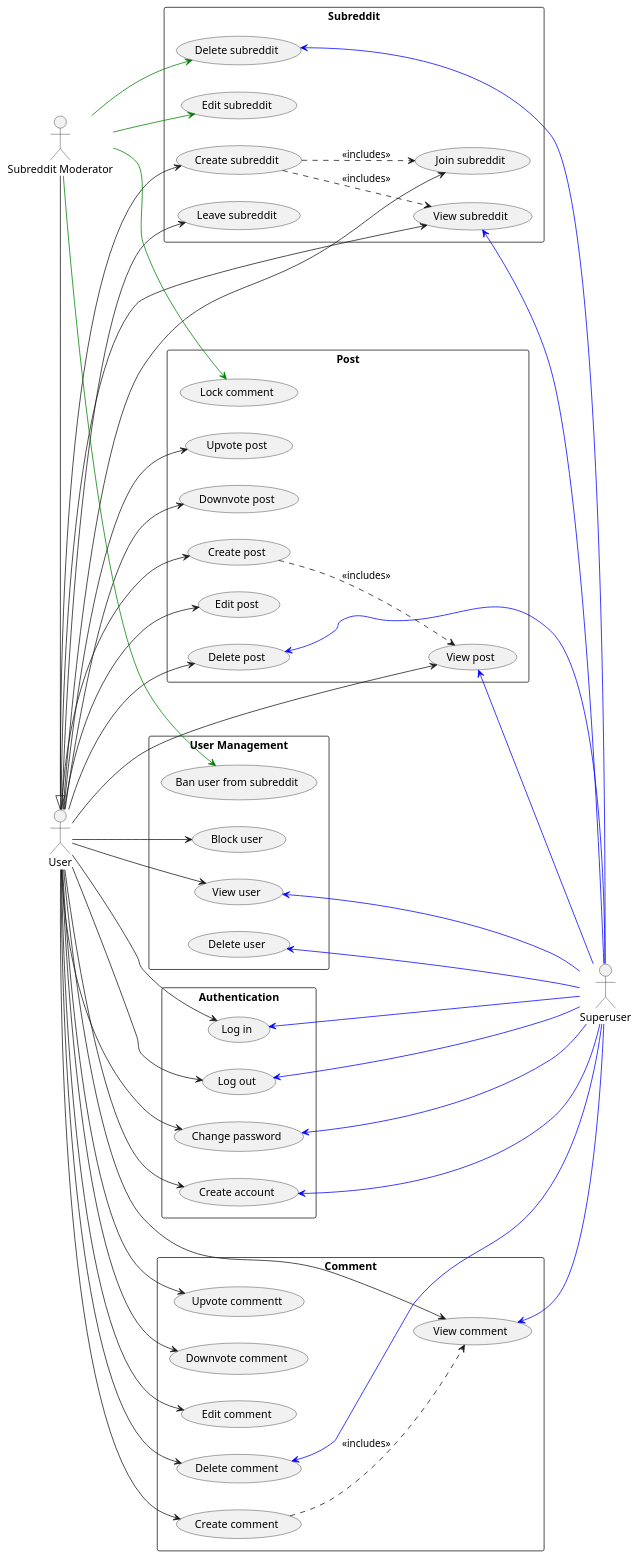
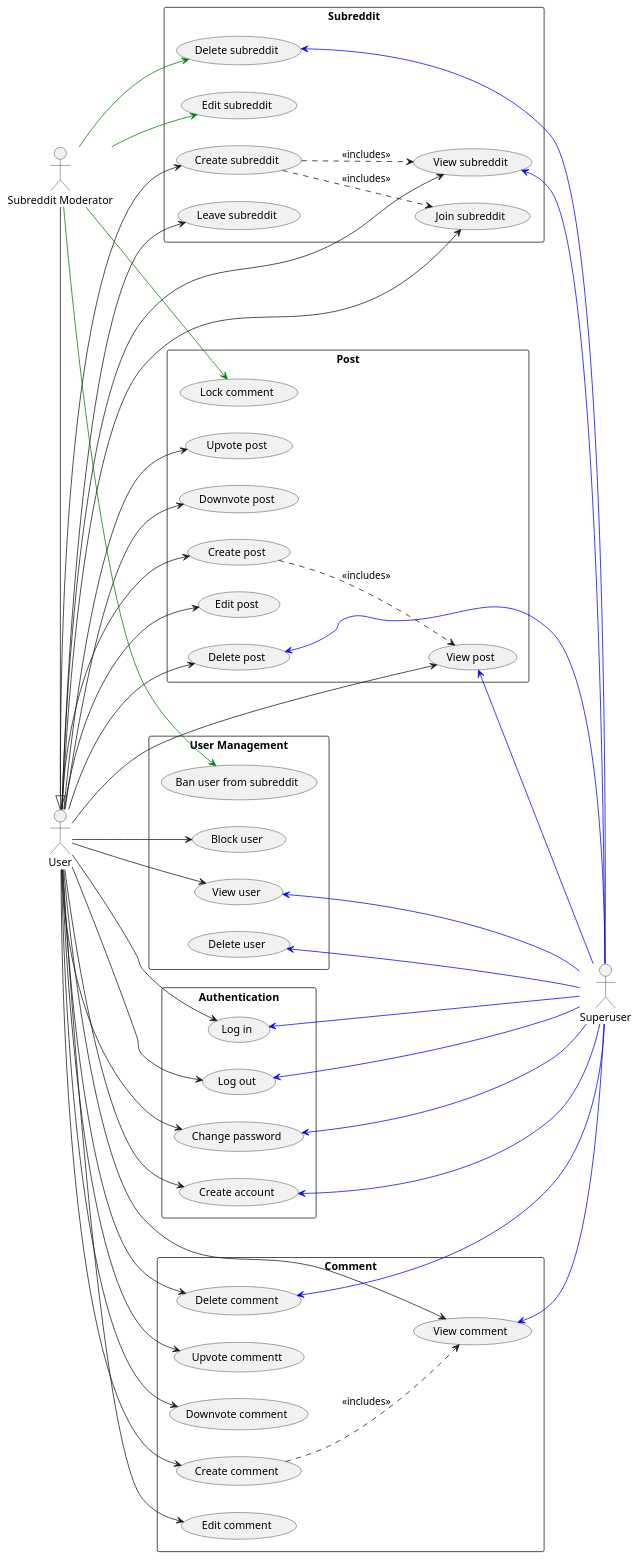
The diagram in use_case.puml (Huy-Ngo/reddit-design), drawn with PlantUML before and after one commit.

Commit message:
Rename CRUD operations and sort

```diff
--- a/use_case.puml
+++ b/use_case.puml
@@ -1,101 +1,107 @@
 @startuml
 left to right direction
 skinparam packageStyle rectangle
 
 actor "User" as user
 actor "Subreddit Moderator" as mod
 actor "Superuser" as su
 mod -|> user
 rectangle Post as post {
-  usecase "View post" as post_view
   usecase "Create post" as post_create
-  usecase "Edit post" as post_edit
+  usecase "View post" as post_read
+  usecase "Edit post" as post_update
   usecase "Delete post" as post_delete
+
   usecase "Upvote post" as post_up
   usecase "Downvote post" as post_down
   usecase "Lock comment" as post_lock
 }
 
 rectangle Comment as cmt {
-  usecase "View comment" as cmt_view
   usecase "Create comment" as cmt_create
+  usecase "View comment" as cmt_read
+  usecase "Edit comment" as cmt_update
+  usecase "Delete comment" as cmt_delete
+
   usecase "Upvote commentt" as cmt_up
   usecase "Downvote comment" as cmt_down
-  usecase "Edit comment" as cmt_edit
-  usecase "Delete comment" as cmt_delete
 }
 
 rectangle Subreddit as sub {
-  usecase "View subreddit" as sub_view
   usecase "Create subreddit" as sub_create
-  usecase "Edit subreddit" as sub_edit
+  usecase "View subreddit" as sub_read
+  usecase "Edit subreddit" as sub_update
   usecase "Delete subreddit" as sub_delete
+
   usecase "Join subreddit" as sub_join
   usecase "Leave subreddit" as sub_leave
 }
 
 rectangle "User Management" as user_mng {
-  usecase "View user" as user_view
+  usecase "View user" as user_read
   usecase "Delete user" as user_delete
   usecase "Block user" as user_block
   usecase "Ban user from subreddit" as user_ban
 }
 
 rectangle "Authentication" as auth {
   usecase "Create account" as acc_create
   usecase "Log in" as login
   usecase "Log out" as logout
   usecase "Change password" as pwd_change
 }
 
 user --> acc_create
 user --> login
 user --> logout
 user --> pwd_change
 
 user --> post_create
-user --> post_view
-user --> post_edit
+user --> post_read
+user --> post_update
 user --> post_delete
+
 user --> post_up
 user --> post_down
 
+user --> cmt_create
+user --> cmt_read
+user --> cmt_update
+user --> cmt_delete
+
 user --> cmt_up
 user --> cmt_down
-user --> cmt_create
-user --> cmt_edit
-user --> cmt_view
-user --> cmt_delete
 
 user --> sub_create
+user --> sub_read
 user --> sub_join
 user --> sub_leave
-user --> sub_view
 
 user --> user_block
-user --> user_view
+user --> user_read
 
 mod -[#green]-> post_lock
-mod -[#green]-> sub_edit
+mod -[#green]-> sub_update
 mod -[#green]-> sub_delete
 mod -[#green]-> user_ban
 
-post_view   <-[#blue]- su
+post_read   <-[#blue]- su
 post_delete <-[#blue]- su
-cmt_view    <-[#blue]- su
+cmt_read    <-[#blue]- su
 cmt_delete  <-[#blue]- su
-sub_view    <-[#blue]- su
+sub_read    <-[#blue]- su
 sub_delete  <-[#blue]- su
-user_view   <-[#blue]- su
+user_read   <-[#blue]- su
 user_delete <-[#blue]- su
+
 acc_create  <-[#blue]- su
 login       <-[#blue]- su
 logout      <-[#blue]- su
 pwd_change  <-[#blue]- su
 
-post_create ..> post_view : <<includes>>
-cmt_create ..> cmt_view : <<includes>>
-sub_create ..> sub_view : <<includes>>
+post_create ..> post_read : <<includes>>
+cmt_create ..> cmt_read : <<includes>>
+sub_create ..> sub_read : <<includes>>
 sub_create ..> sub_join : <<includes>>
 
 @enduml
```
